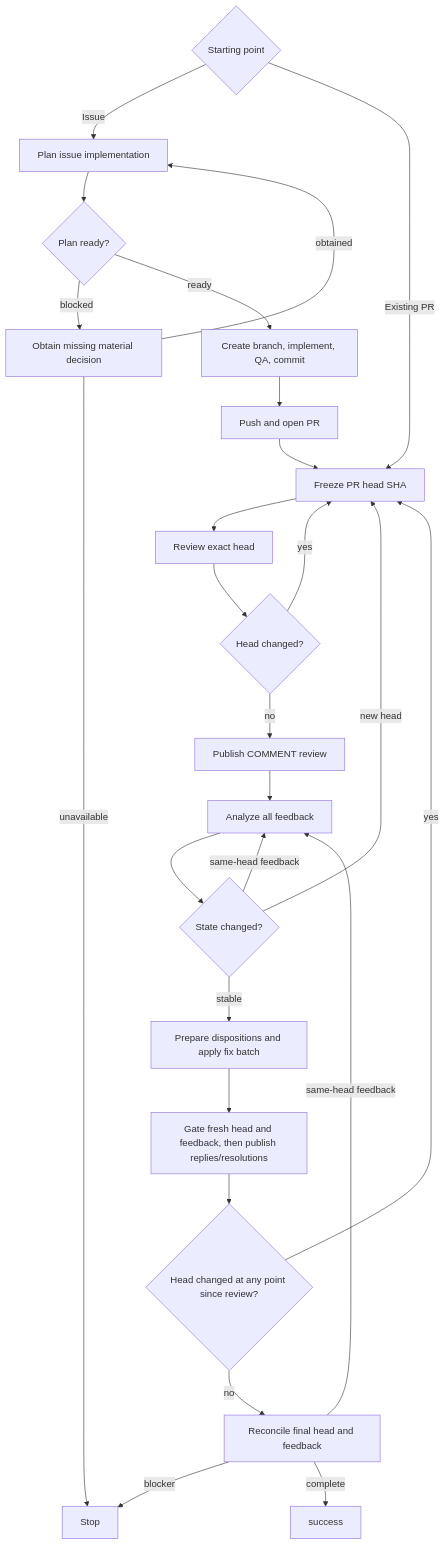
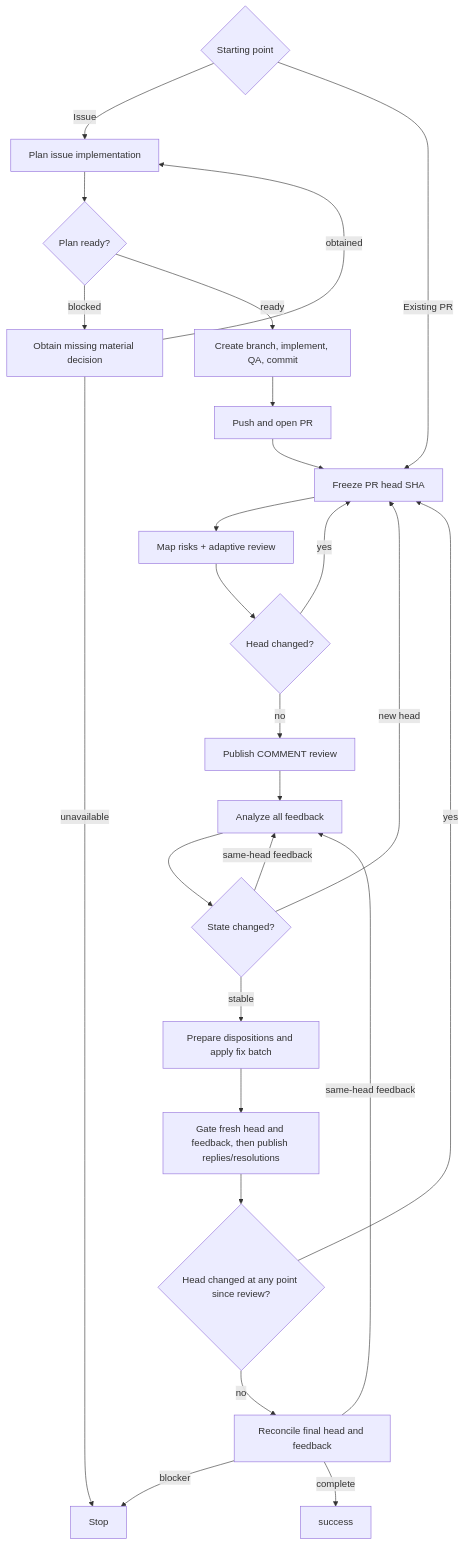
Before and after one commit to dceoy/pr-loop: the diagram in skills/pr-loop/SKILL.md, drawn with Mermaid. The commit also changed other lines of this file and 4 other files, not shown here.

````diff
--- a/skills/pr-loop/SKILL.md
+++ b/skills/pr-loop/SKILL.md
@@ -150,28 +176,28 @@
 ```mermaid
 flowchart TD
   S{Starting point} -->|Issue| P[Plan issue implementation]
   S -->|Existing PR| A
   P --> Q{Plan ready?}
   Q -->|blocked| R[Obtain missing material decision]
   R -->|obtained| P
   R -->|unavailable| K[Stop]
   Q -->|ready| M[Create branch, implement, QA, commit]
   M --> N[Push and open PR]
   N --> A[Freeze PR head SHA]
-  A --> B[Review exact head]
+  A --> B[Map risks + adaptive review]
   B --> C{Head changed?}
   C -->|yes| A
   C -->|no| D[Publish COMMENT review]
   D --> E[Analyze all feedback]
   E --> F{State changed?}
   F -->|new head| A
   F -->|same-head feedback| E
   F -->|stable| G[Prepare dispositions and apply fix batch]
   G --> H[Gate fresh head and feedback, then publish replies/resolutions]
   H --> I{Head changed at any point since review?}
   I -->|yes| A
   I -->|no| J[Reconcile final head and feedback]
   J -->|same-head feedback| E
   J -->|blocker| K[Stop]
   J -->|complete| L[success]
 ```
````
